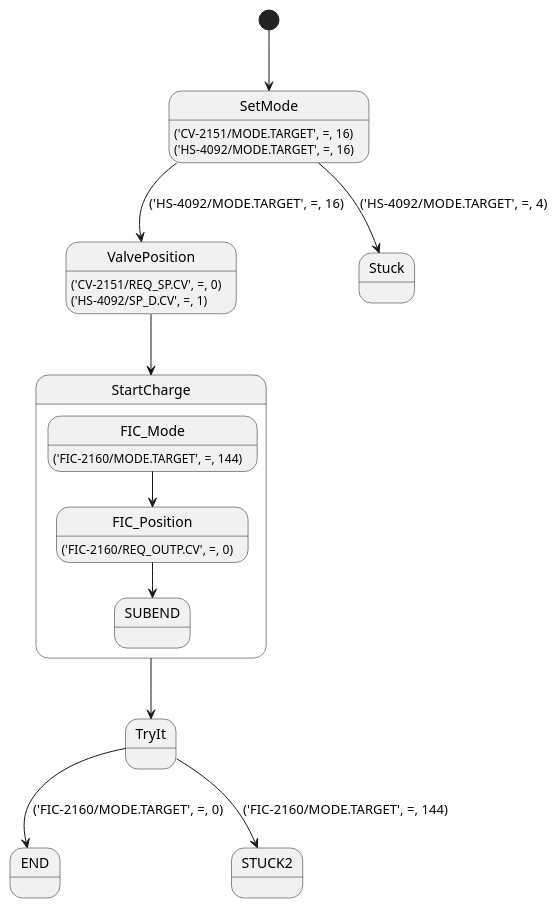
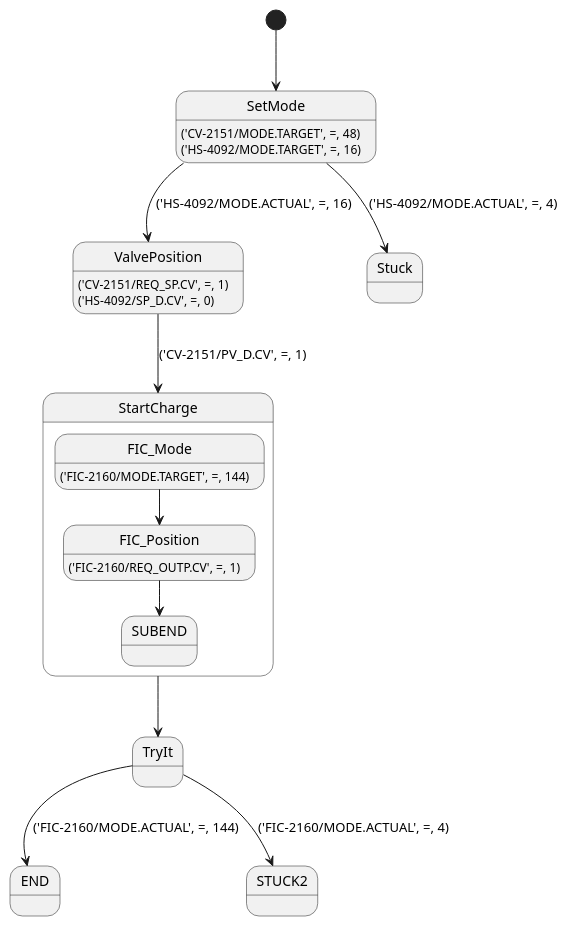
The diagram in specs/vpeng/Demo_3.0.puml (mekcrab/Solvay_test), drawn with PlantUML before and after one commit. The commit also changed 1 other file, not shown here.

Commit message:
Finished ModeAttribute and PositionAttribute class

```diff
--- a/specs/vpeng/Demo_3.0.puml
+++ b/specs/vpeng/Demo_3.0.puml
@@ -2,32 +2,32 @@
 @startuml
 
 [*] --> SetMode
-SetMode: ('CV-2151/MODE.TARGET', =, 16)
+SetMode: ('CV-2151/MODE.TARGET', =, 48)
 SetMode: ('HS-4092/MODE.TARGET', =, 16)
 
-SetMode --> ValvePosition: ('HS-4092/MODE.TARGET', =, 16)
-SetMode --> Stuck: ('HS-4092/MODE.TARGET', =, 4)
+SetMode --> ValvePosition: ('HS-4092/MODE.ACTUAL', =, 16)
+SetMode --> Stuck: ('HS-4092/MODE.ACTUAL', =, 4)
 
-ValvePosition: ('CV-2151/REQ_SP.CV', =, 0)
+ValvePosition: ('CV-2151/REQ_SP.CV', =, 1)
 
-ValvePosition: ('HS-4092/SP_D.CV', =, 1)
+ValvePosition: ('HS-4092/SP_D.CV', =, 0)
 
-ValvePosition --> StartCharge
+ValvePosition --> StartCharge: ('CV-2151/PV_D.CV', =, 1)
 
 StartCharge --> TryIt
 
 state StartCharge{
 FIC_Mode --> FIC_Position
 FIC_Position --> SUBEND
 
-FIC_Position: ('FIC-2160/REQ_OUTP.CV', =, 0)
+FIC_Position: ('FIC-2160/REQ_OUTP.CV', =, 1)
 FIC_Mode: ('FIC-2160/MODE.TARGET', =, 144)
 
 }
 
 
-TryIt --> END: ('FIC-2160/MODE.TARGET', =, 0)
-TryIt --> STUCK2: ('FIC-2160/MODE.TARGET', =, 144)
+TryIt --> END: ('FIC-2160/MODE.ACTUAL', =, 144)
+TryIt --> STUCK2: ('FIC-2160/MODE.ACTUAL', =, 4)
 
 
 @enduml
```
